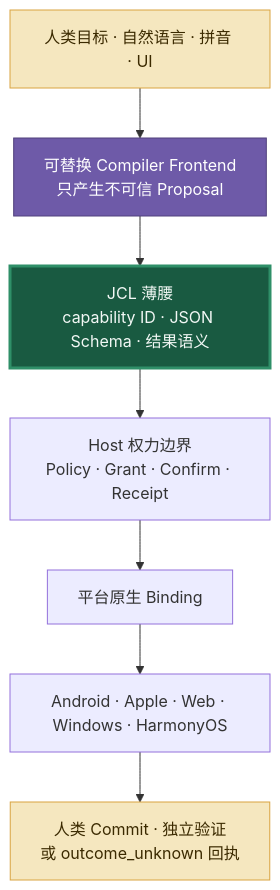
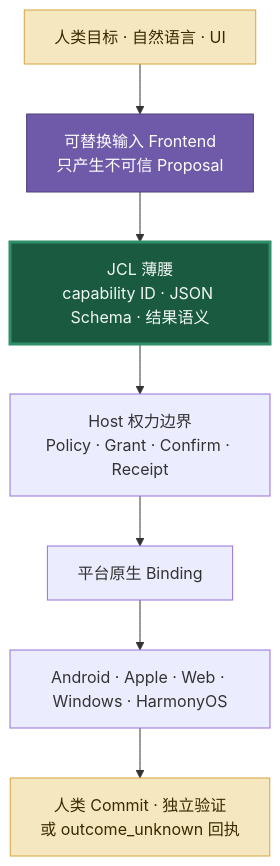
One commit to yifangjinxing-hash/jidan changed the diagram in docs/06-history-lessons-and-route-guardrails-zh.md. Above: the diagram before and after it, drawn with Mermaid. The commit also changed other lines of this file and 23 other files, not shown here.

````diff
--- a/docs/06-history-lessons-and-route-guardrails-zh.md
+++ b/docs/06-history-lessons-and-route-guardrails-zh.md
@@ -11,16 +11,16 @@
 ```mermaid
 flowchart TB
-    H["人类目标 · 自然语言 · 拼音 · UI"] --> F["可替换 Compiler Frontend<br/>只产生不可信 Proposal"]
+    H["人类目标 · 自然语言 · UI"] --> F["可替换输入 Frontend<br/>只产生不可信 Proposal"]
     F --> J["JCL 薄腰<br/>capability ID · JSON Schema · 结果语义"]
     J --> G["Host 权力边界<br/>Policy · Grant · Confirm · Receipt"]
     G --> B["平台原生 Binding"]
     B --> A["Android · Apple · Web · Windows · HarmonyOS"]
     A --> C["人类 Commit · 独立验证<br/>或 outcome_unknown 回执"]
 
     classDef waist fill:#195A41,color:#F2F8F5,stroke:#2F8F68,stroke-width:3px;
     classDef untrusted fill:#6E5AA8,color:#FFFFFF,stroke:#51417C;
     classDef human fill:#F5E7BF,color:#3B2A00,stroke:#D9A441;
     class J waist;
     class F untrusted;
     class H,C human;
 ```
````
